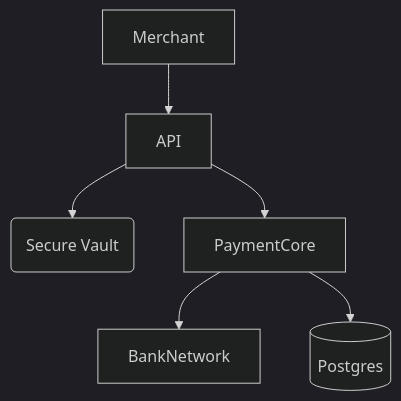
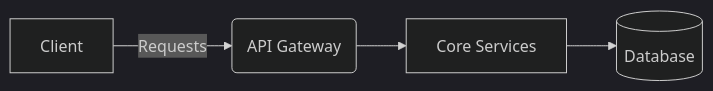
Before and after one commit to IshanDigra/HLD-Content: the first of 2 diagrams in 19-Interview_Question/08) Payment & Financial Systems/Easy/01_PaymentGateway/Problem.md, drawn with Mermaid (dark theme). The commit also changed other lines of this file and 29 other files, not shown here.

First line of the commit message:
Address PR feedback: Add TOC, Diagrams, and BOE calculations

````diff
--- a/19-Interview_Question/08) Payment & Financial Systems/Easy/01_PaymentGateway/Problem.md
+++ b/19-Interview_Question/08) Payment & Financial Systems/Easy/01_PaymentGateway/Problem.md
@@ -96,8 +4,6 @@
 ```mermaid
-graph TD
-    Merchant --> API
-    API --> TokenVault(Secure Vault)
-    API --> PaymentCore
-    PaymentCore --> BankNetwork
-    PaymentCore --> LedgerDB[(Postgres)]
+graph LR
+    A[Client] -->|Requests| B(API Gateway)
+    B --> C[Core Services]
+    C --> D[(Database)]
 ```
````
